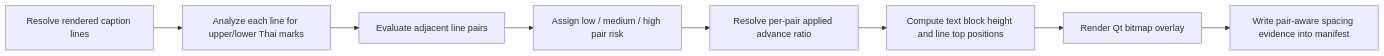
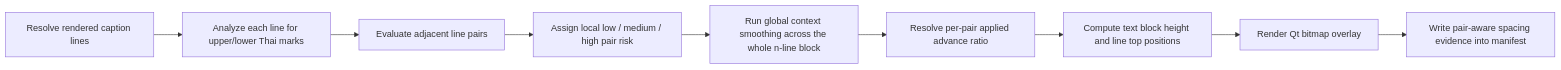
Before and after one commit to idev006/MTClipFactory: the first of 2 diagrams in doc/75_Thai_Pair_Aware_Line_Spacing_Workflow_2026-06-20.md, drawn with Mermaid. The commit also changed other lines of this file and 7 other files, not shown here.

Commit message:
Add block-aware Thai caption smoothing

````diff
--- a/doc/75_Thai_Pair_Aware_Line_Spacing_Workflow_2026-06-20.md
+++ b/doc/75_Thai_Pair_Aware_Line_Spacing_Workflow_2026-06-20.md
@@ -69,10 +72,11 @@
 ```mermaid
 flowchart LR
     A["Resolve rendered caption lines"] --> B["Analyze each line for upper/lower Thai marks"]
     B --> C["Evaluate adjacent line pairs"]
-    C --> D["Assign low / medium / high pair risk"]
-    D --> E["Resolve per-pair applied advance ratio"]
-    E --> F["Compute text block height and line top positions"]
-    F --> G["Render Qt bitmap overlay"]
-    G --> H["Write pair-aware spacing evidence into manifest"]
+    C --> D["Assign local low / medium / high pair risk"]
+    D --> E["Run global context smoothing across the whole n-line block"]
+    E --> F["Resolve per-pair applied advance ratio"]
+    F --> G["Compute text block height and line top positions"]
+    G --> H["Render Qt bitmap overlay"]
+    H --> I["Write pair-aware spacing evidence into manifest"]
 ```
````
